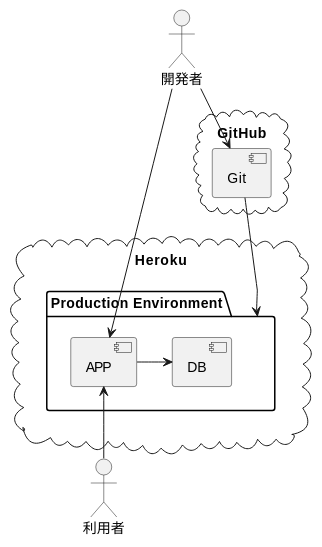
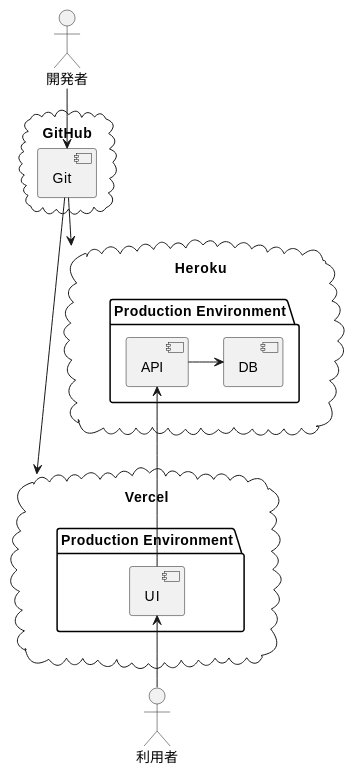
One commit to k2works/case-study-mrs changed diagram 31 of 31 in docs/index.adoc. Above: the diagram before and after it, drawn with PlantUML. The commit also changed other lines of this file, not shown here.

Commit message:
docs: ドキュメント更新

```diff
--- a/docs/index.adoc
+++ b/docs/index.adoc
@@ -1098,23 +1105,31 @@
 [plantuml]
 ----
 @startuml
 actor 開発者
 actor 利用者
-cloud "Heroku" as Heroku {
-    package "Production Environment" as prd {
-      [APP] as app_prd
+
+cloud "Vercel" as vercel {
+    package "Production Environment" as ui_prd_env {
+      [UI] as ui_prd
+    }
+}
+
+cloud "Heroku" as heroku {
+    package "Production Environment" as api_prd_env {
+      [API] as api_prd
       [DB] as db_prd
     }
 }
 
 cloud "GitHub" as github {
   [Git] as repository
 }
 
-開発者 --> app_prd
 開発者 --> repository
-app_prd <-- 利用者
-repository --> prd
-app_prd -> db_prd
+repository --> heroku
+repository --> vercel
+api_prd -> db_prd
+api_prd <-- ui_prd
+ui_prd <-- 利用者
 @enduml
 ----
```
